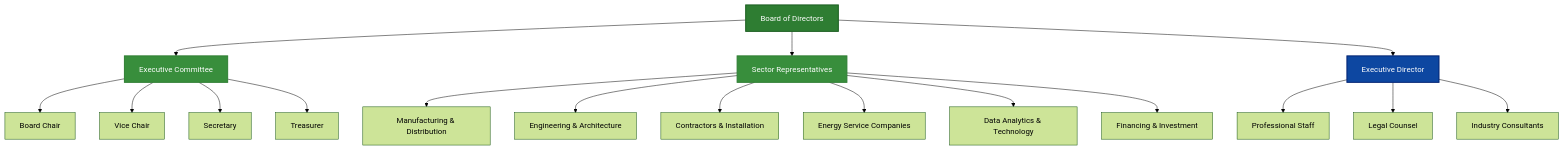
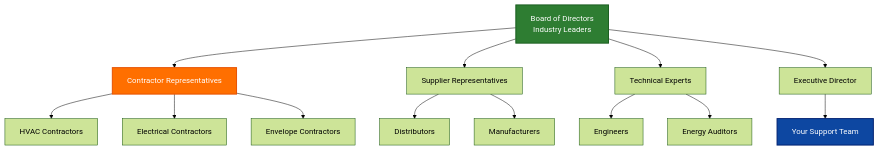
One commit to KontangoOSS/EEBCO_Main changed the second of 2 diagrams in README.md. Above: the diagram before and after it, drawn with Mermaid (forest theme). The commit also changed other lines of this file, not shown here.

````diff
--- a/README.md
+++ b/README.md
@@ -174,27 +182,23 @@
 ```mermaid
 graph TD
-    Board[Board of Directors] --> Exec[Executive Committee]
-    Board --> Sectors[Sector Representatives]
+    Board[Board of Directors<br/>Industry Leaders] --> Contractors[Contractor Representatives]
+    Board --> Suppliers[Supplier Representatives]
+    Board --> Technical[Technical Experts]
     
-    Exec --> Chair[Board Chair]
-    Exec --> Vice[Vice Chair]
-    Exec --> Sec[Secretary]
-    Exec --> Treas[Treasurer]
+    Contractors --> HVAC[HVAC Contractors]
+    Contractors --> Electrical[Electrical Contractors]
+    Contractors --> Envelope[Envelope Contractors]
     
-    Sectors --> Mfg[Manufacturing & Distribution]
-    Sectors --> Eng[Engineering & Architecture]
-    Sectors --> Con[Contractors & Installation]
-    Sectors --> ESCO[Energy Service Companies]
-    Sectors --> Data[Data Analytics & Technology]
-    Sectors --> Fin[Financing & Investment]
+    Suppliers --> Dist[Distributors]
+    Suppliers --> Mfg[Manufacturers]
+    
+    Technical --> Eng[Engineers]
+    Technical --> Energy[Energy Auditors]
     
     Board --> ED[Executive Director]
-    ED --> Staff[Professional Staff]
-    ED --> Legal[Legal Counsel]
-    ED --> Consult[Industry Consultants]
+    ED --> Support[Your Support Team]
     
     style Board fill:#2E7D32,stroke:#1B5E20,stroke-width:2px,color:#fff
-    style Exec fill:#388E3C,stroke:#2E7D32,stroke-width:2px,color:#fff
-    style Sectors fill:#388E3C,stroke:#2E7D32,stroke-width:2px,color:#fff
-    style ED fill:#0D47A1,stroke:#002171,stroke-width:2px,color:#fff
+    style Contractors fill:#FF6F00,stroke:#E65100,stroke-width:2px,color:#fff
+    style Support fill:#0D47A1,stroke:#002171,stroke-width:2px,color:#fff
 ```
````
